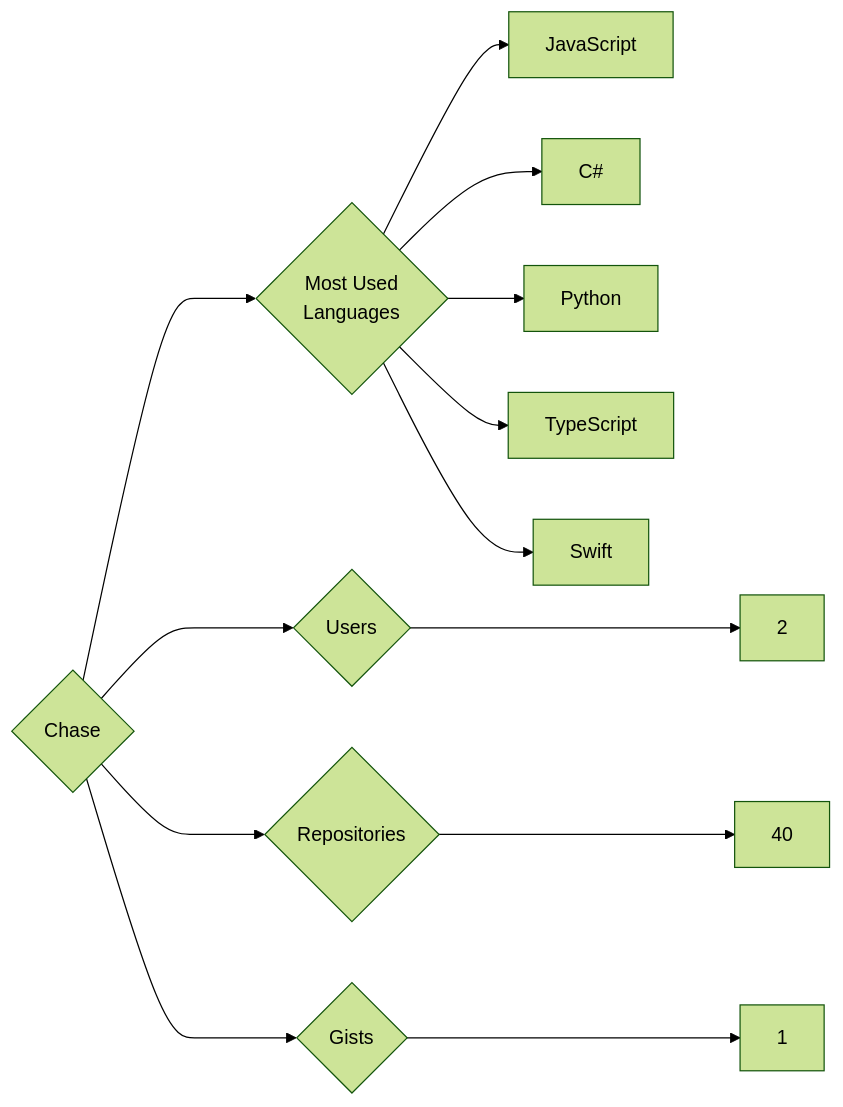
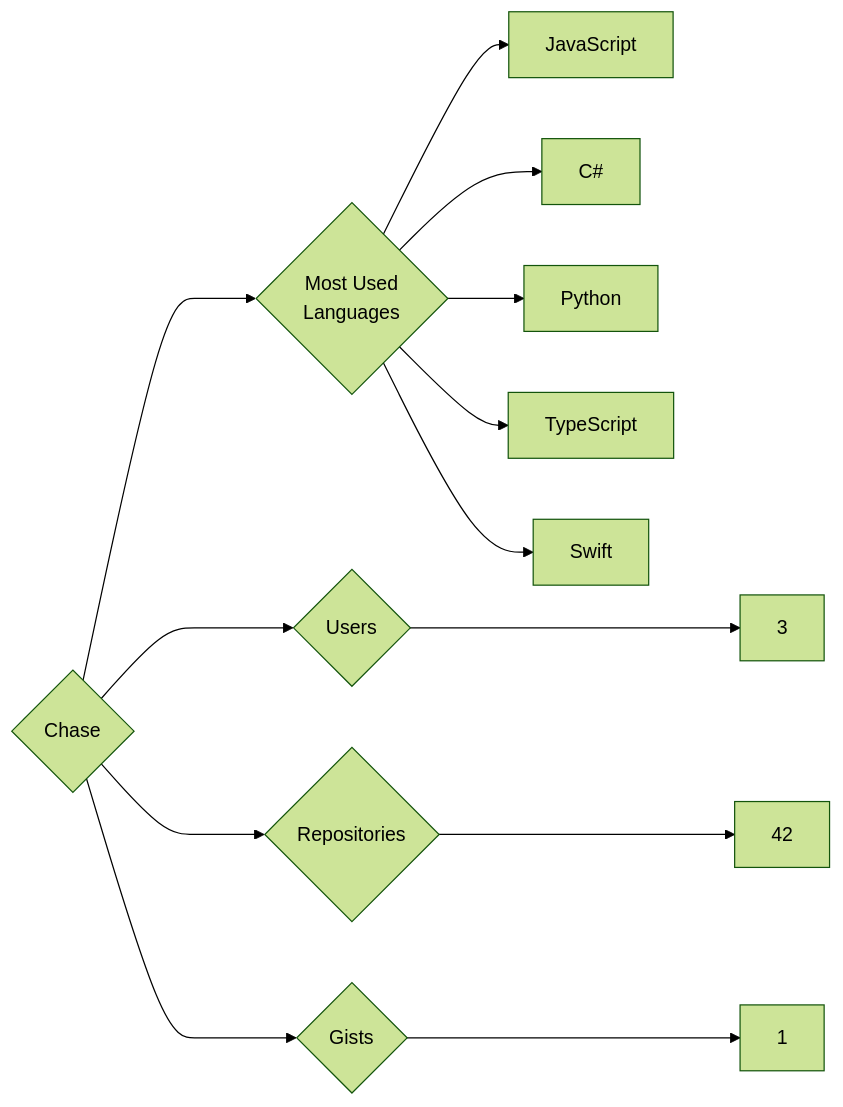
One commit to trickest/insiders changed the diagram in targets/Chase/README.md. Above: the diagram before and after it, drawn with Mermaid (forest theme). The commit also changed 873 other files, not shown here.

````diff
--- a/targets/Chase/README.md
+++ b/targets/Chase/README.md
@@ -3,13 +3,13 @@
 ```mermaid
 graph LR
 COMPANY_NAME{Chase}
-COMPANY_NAME ---> U{Users} ---> UN[2]
-COMPANY_NAME ---> R{Repositories} ---> RN[40]
+COMPANY_NAME ---> U{Users} ---> UN[3]
+COMPANY_NAME ---> R{Repositories} ---> RN[42]
 COMPANY_NAME ---> G{Gists} ---> GN[1]
 COMPANY_NAME ---> ML{Most Used<br>Languages}
 ML --> JavaScript[JavaScript]
 ML --> C#[C#]
 ML --> Python[Python]
 ML --> TypeScript[TypeScript]
 ML --> Swift[Swift]
 ```
````
